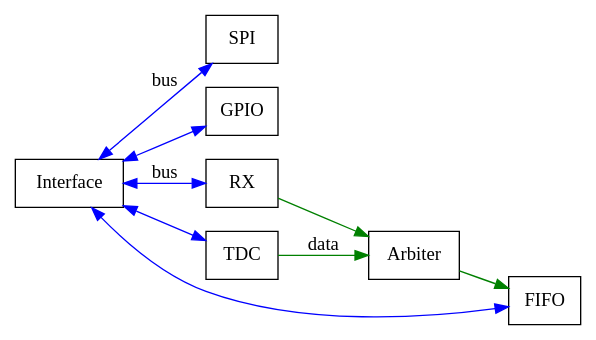
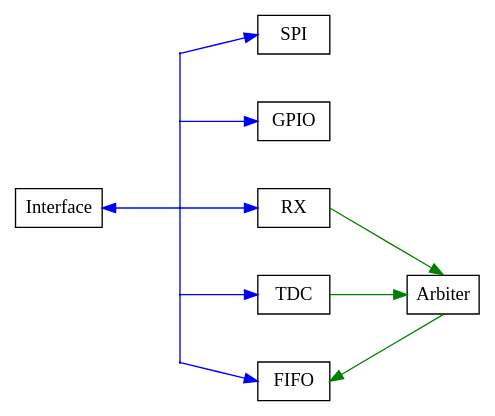
Before and after one commit to SiLab-Bonn/basil: the diagram in docs/firmware.rst, drawn with Graphviz. The commit also changed other lines of this file and 8 other files, not shown here.

First line of the commit message:
docs: Address feedback in pull request, update diagram

```diff
--- a/docs/firmware.rst
+++ b/docs/firmware.rst
@@ -7,15 +7,30 @@
 .. graphviz::
 
-   digraph {
-     rankdir=LR;
-     node [shape=box];
-
-     Interface -> SPI [color=blue, dir=both, label="bus"];
-     Interface -> GPIO [color=blue, dir=both];
-     Interface -> RX [color=blue, dir=both, label="bus"];
-     Interface -> TDC [color=blue, dir=both];
-     Interface -> FIFO [color=blue, dir=both];
-     TDC -> Arbiter [color=green, label="data"];
-     RX -> Arbiter [color=green];
-     Arbiter -> FIFO [color=green];
-   }
+    digraph {
+        rankdir=LR;
+        splines=polyline;
+        nodesep=0.5;
+        ranksep=0.8;
+        node [shape=box, fixedsize=true, width=0.75, height=0.4];
+        j1 [shape=point, width=0.01];
+        j2 [shape=point, width=0.01];
+        j3 [shape=point, width=0.01];
+        j4 [shape=point, width=0.01];
+        j5 [shape=point, width=0.01];
+        Interface [fixedsize=true, width=0.9, height=0.4];
+        Interface -> j3 [color=blue, arrowhead=none, dir=back];
+        j1 -> j2 [color=blue, arrowhead=none];
+        j2 -> j3 [color=blue, arrowhead=none];
+        j3 -> j4 [color=blue, arrowhead=none];
+        j4 -> j5 [color=blue, arrowhead=none];
+        j1 -> SPI   [color=blue, headport=w, tailport=e];
+        j2 -> GPIO  [color=blue, headport=w, tailport=e];
+        j3 -> RX    [color=blue, headport=w, tailport=e];
+        j4 -> TDC   [color=blue, headport=w, tailport=e];
+        j5 -> FIFO  [color=blue, headport=w, tailport=e];
+        RX -> Arbiter [color=green, headport=n, tailport=e];
+        TDC -> Arbiter [color=green, headport=w, tailport=e];
+        Arbiter -> FIFO [color=green, headport=e, tailport=s];
+        { rank=same; j1; j2; j3; j4; j5; }
+        { rank=same; SPI; GPIO; RX; TDC; FIFO; }
+    }
```
